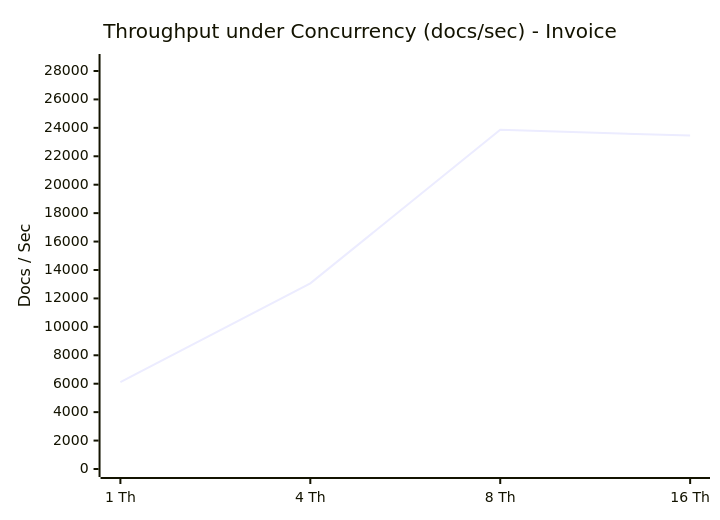
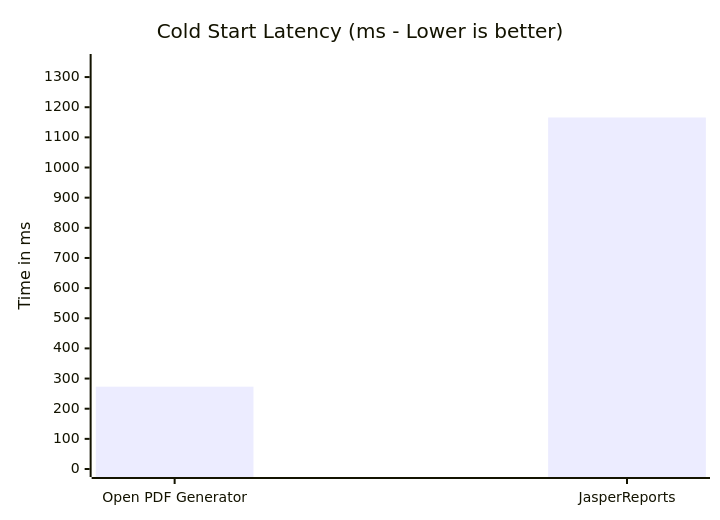
Before and after one commit to adilsoncruz/open-pdf-generator: the third of 3 diagrams in docs/lib/benchmark.md, drawn with Mermaid. The commit also changed other lines of this file and 3 other files, not shown here.

````diff
--- a/docs/lib/benchmark.md
+++ b/docs/lib/benchmark.md
@@ -130,7 +104,7 @@
 ```mermaid
 xychart-beta
-    title "Throughput under Concurrency (docs/sec) - Invoice"
-    x-axis ["1 Th", "4 Th", "8 Th", "16 Th"]
-    y-axis "Docs / Sec" 0 --> 28632
-    line [6115, 13059, 23860, 23455]
+    title "Cold Start Latency (ms - Lower is better)"
+    x-axis ["Open PDF Generator", "JasperReports"]
+    y-axis "Time in ms" 0 --> 1350
+    bar [273, 1166]
 ```
````
